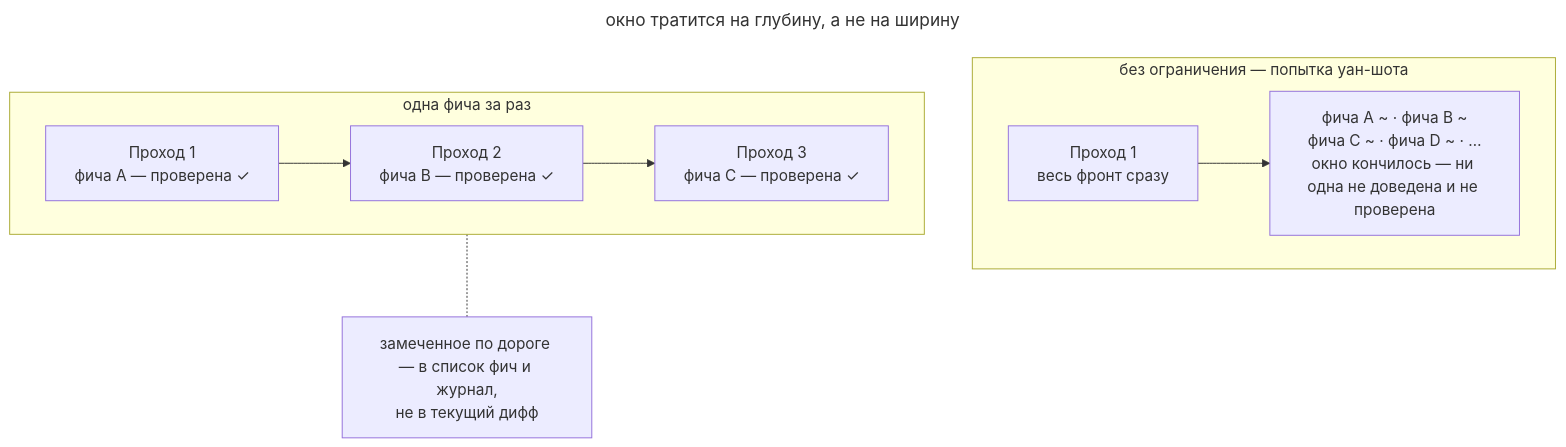
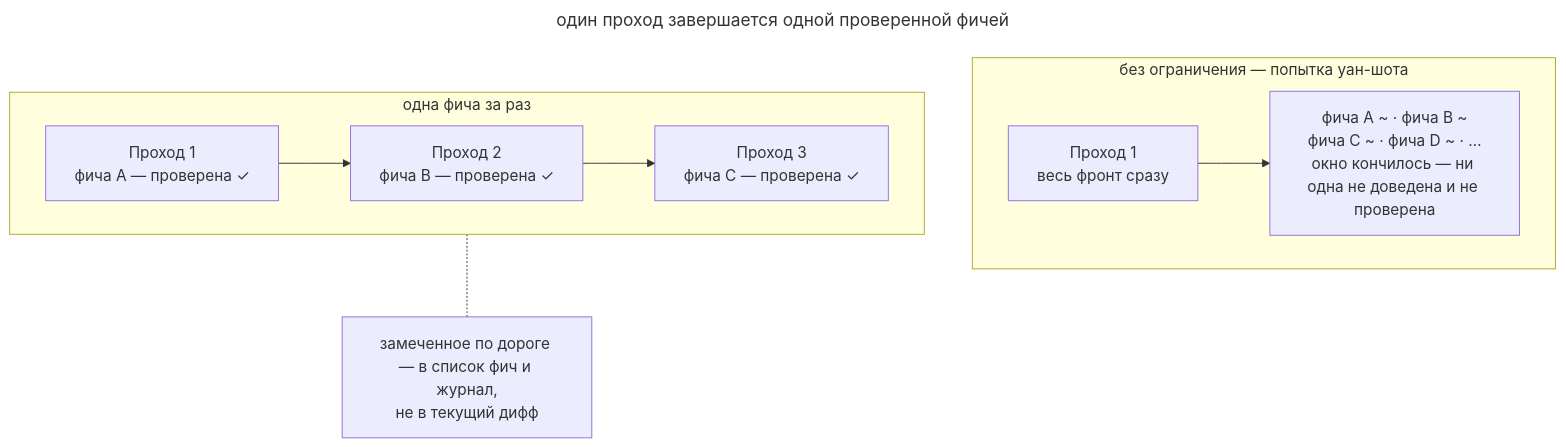
One commit to Rastavelli/agentic-coding-design-patterns changed the diagram in book/ru/one-feature-at-a-time.md. Above: the diagram before and after it, drawn with Mermaid. The commit also changed other lines of this file and 24 other files, not shown here.

Commit message:
docs: finish Russian prose review and align diagram captions

````diff
--- a/book/ru/one-feature-at-a-time.md
+++ b/book/ru/one-feature-at-a-time.md
@@ -42,21 +41,21 @@
 ```mermaid
 ---
-title: окно тратится на глубину, а не на ширину
+title: один проход завершается одной проверенной фичей
 ---
 flowchart TB
   subgraph oneshot["без ограничения — попытка уан-шота"]
     direction LR
     p0["Проход 1<br/>весь фронт сразу"]
     wide["фича A ~ · фича B ~<br/>фича C ~ · фича D ~ · …<br/>окно кончилось — ни одна не доведена и не проверена"]:::warn
     p0 --> wide
   end
   subgraph oneAtATime["одна фича за раз"]
     direction LR
     p1["Проход 1<br/>фича A — проверена ✓"]
     p2["Проход 2<br/>фича B — проверена ✓"]
     p3["Проход 3<br/>фича C — проверена ✓"]
     p1 --> p2 --> p3
   end
   note["замеченное по дороге — в список фич и журнал,<br/>не в текущий дифф"]:::accent
   p2 -.- note
 ```
````
